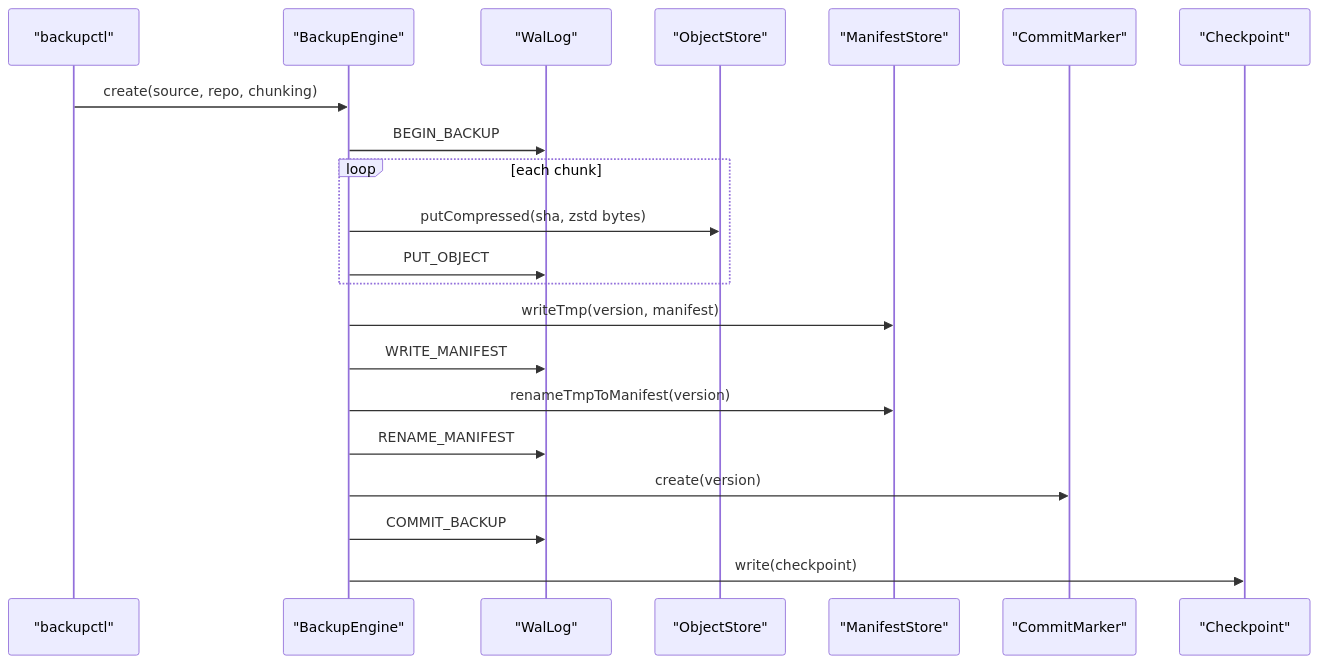
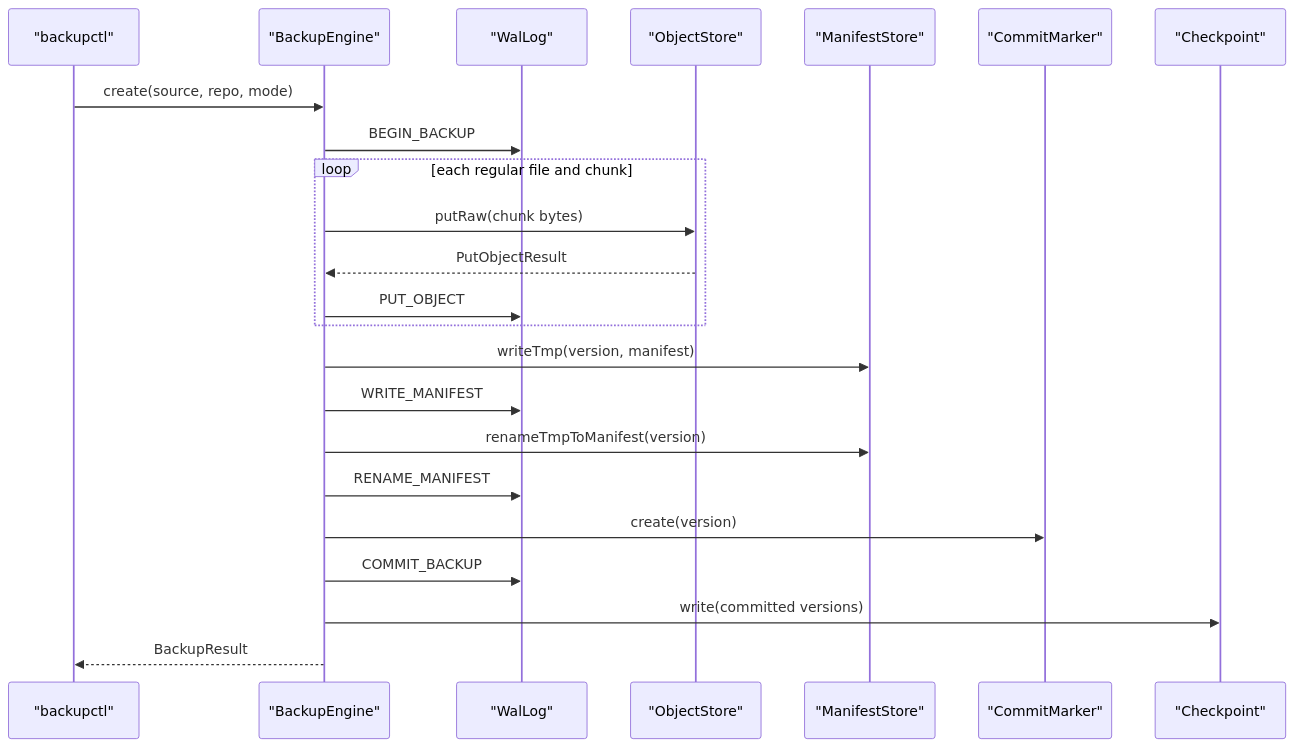
One commit to JiaChangGit/cpp-data-protection-core changed the third of 7 diagrams in docs/diagrams.md. Above: the diagram before and after it, drawn with Mermaid. The commit also changed other lines of this file and 23 other files, not shown here.

````diff
--- a/docs/diagrams.md
+++ b/docs/diagrams.md
@@ -49,24 +68,26 @@
 ```mermaid
 sequenceDiagram
     participant CLI as "backupctl"
     participant BE as "BackupEngine"
     participant WAL as "WalLog"
     participant OS as "ObjectStore"
     participant MS as "ManifestStore"
     participant CM as "CommitMarker"
     participant CP as "Checkpoint"
 
-    CLI->>BE: create(source, repo, chunking)
+    CLI->>BE: create(source, repo, mode)
     BE->>WAL: BEGIN_BACKUP
-    loop each chunk
-        BE->>OS: putCompressed(sha, zstd bytes)
+    loop each regular file and chunk
+        BE->>OS: putRaw(chunk bytes)
+        OS-->>BE: PutObjectResult
         BE->>WAL: PUT_OBJECT
     end
     BE->>MS: writeTmp(version, manifest)
     BE->>WAL: WRITE_MANIFEST
     BE->>MS: renameTmpToManifest(version)
     BE->>WAL: RENAME_MANIFEST
     BE->>CM: create(version)
     BE->>WAL: COMMIT_BACKUP
-    BE->>CP: write(checkpoint)
+    BE->>CP: write(committed versions)
+    BE-->>CLI: BackupResult
 ```
````
